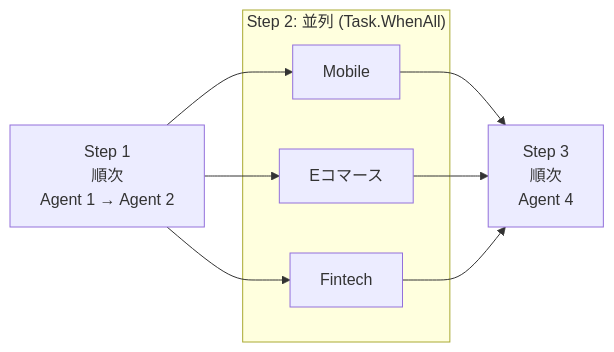
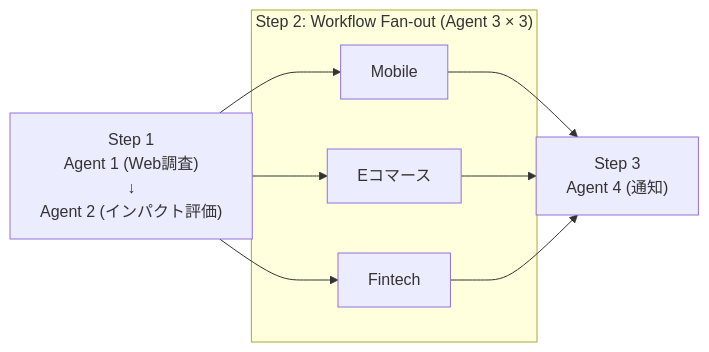
The diagram in docs/dev-plan/03-hosted-agent-spec.md (Takas0522/nexus6-se-workshop), drawn with Mermaid before and after one commit. The commit also changed other lines of this file and 14 other files, not shown here.

````diff
--- a/docs/dev-plan/03-hosted-agent-spec.md
+++ b/docs/dev-plan/03-hosted-agent-spec.md
@@ -28,16 +28,16 @@
 ```mermaid
 flowchart LR
-    S1["Step 1\n順次\nAgent 1 → Agent 2"]
+    S1["Step 1\nAgent 1 (Web調査)\n↓\nAgent 2 (インパクト評価)"]
     S2M["Mobile"]
     S2E["Eコマース"]
     S2F["Fintech"]
-    S3["Step 3\n順次\nAgent 4"]
+    S3["Step 3\nAgent 4 (通知)"]
 
     S1 --> S2M & S2E & S2F
-    subgraph S2["Step 2: 並列 (Task.WhenAll)"]
+    subgraph S2["Step 2: Workflow Fan-out (Agent 3 × 3)"]
         S2M
         S2E
         S2F
     end
     S2M & S2E & S2F --> S3
 ```
````
